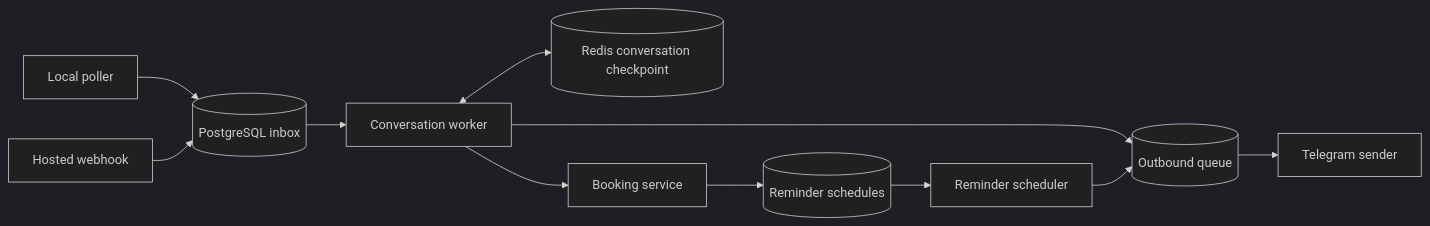
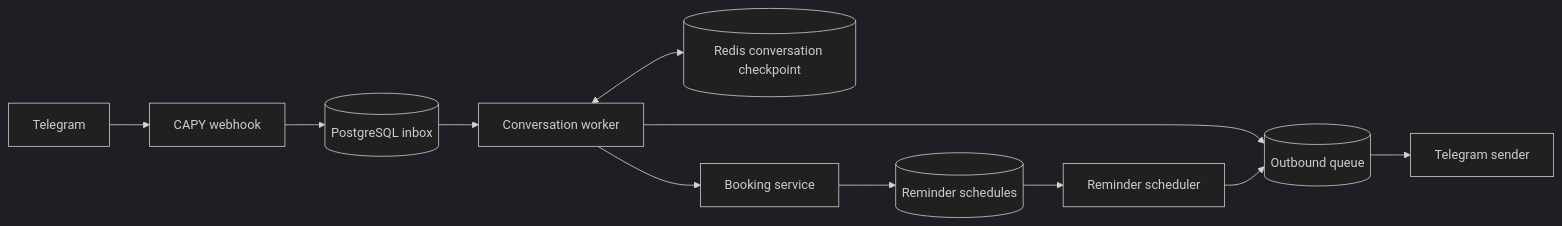
The diagram in docs/architecture.md (ktakanopy/capy-appointment-bot), drawn with Mermaid (dark theme) before and after one commit. The commit also changed other lines of this file and 26 other files, not shown here.

Commit message:
Remove Telegram polling and use webhook intake

````diff
--- a/docs/architecture.md
+++ b/docs/architecture.md
@@ -88,13 +88,13 @@
 ```mermaid
 flowchart LR
-    P[Local poller] --> I[(PostgreSQL inbox)]
-    W[Hosted webhook] --> I
+    T0[Telegram] --> W[CAPY webhook]
+    W --> I[(PostgreSQL inbox)]
     I --> C[Conversation worker]
     C <--> R[(Redis conversation checkpoint)]
     C --> B[Booking service]
     B --> S[(Reminder schedules)]
     C --> O[(Outbound queue)]
     S --> M[Reminder scheduler]
     M --> O
     O --> T[Telegram sender]
 ```
````
